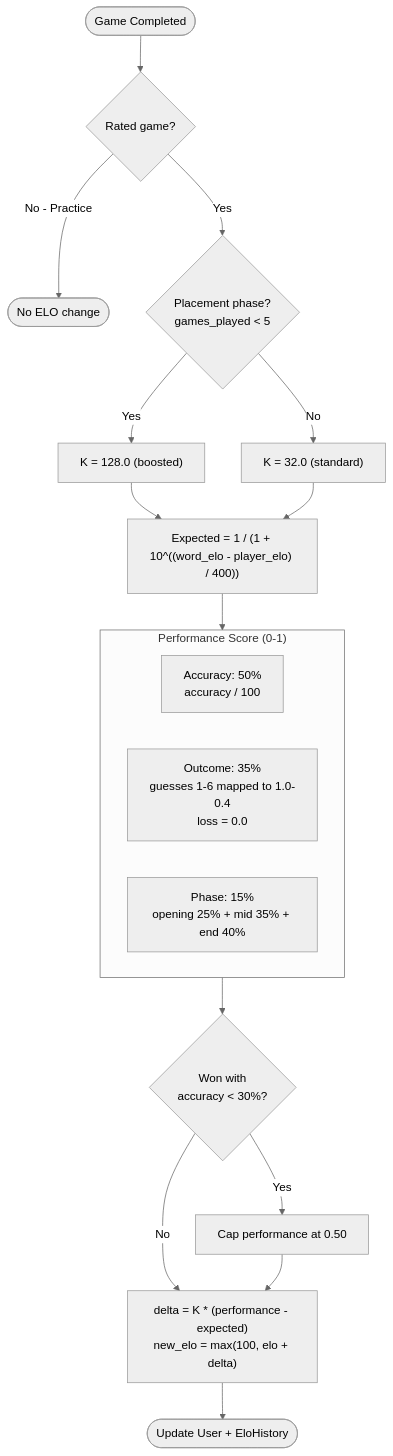
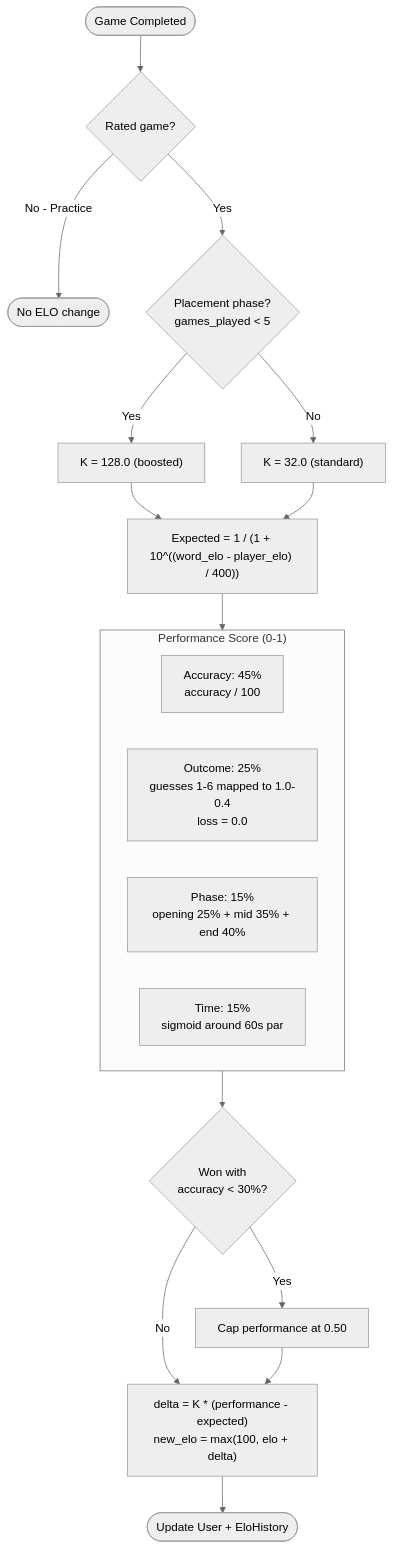
Before and after one commit to sarmyca/ELOquence: the fifth of 8 diagrams in DOC.md, drawn with Mermaid (neutral theme). The commit also changed other lines of this file and 1 other file, not shown here.

````diff
--- a/DOC.md
+++ b/DOC.md
@@ -403,27 +419,28 @@
 ```mermaid
 flowchart TD
     Start([Game Completed]) --> CheckRated{Rated game?}
     CheckRated -->|No - Practice| Skip([No ELO change])
     CheckRated -->|Yes| GetK{Placement phase?<br/>games_played < 5}
     GetK -->|Yes| K128["K = 128.0 (boosted)"]
     GetK -->|No| K32["K = 32.0 (standard)"]
     K128 --> CalcExpected
     K32 --> CalcExpected
 
     CalcExpected["Expected = 1 / (1 + 10^((word_elo - player_elo) / 400))"]
     CalcExpected --> CalcPerf
 
     subgraph CalcPerf["Performance Score (0-1)"]
-        Acc["Accuracy: 50%<br/>accuracy / 100"]
-        Out["Outcome: 35%<br/>guesses 1-6 mapped to 1.0-0.4<br/>loss = 0.0"]
+        Acc["Accuracy: 45%<br/>accuracy / 100"]
+        Out["Outcome: 25%<br/>guesses 1-6 mapped to 1.0-0.4<br/>loss = 0.0"]
         Phase["Phase: 15%<br/>opening 25% + mid 35% + end 40%"]
+        Time["Time: 15%<br/>sigmoid around 60s par"]
     end
 
     CalcPerf --> AntiLuck{Won with<br/>accuracy < 30%?}
     AntiLuck -->|Yes| Cap["Cap performance at 0.50"]
     AntiLuck -->|No| CalcDelta
     Cap --> CalcDelta
 
     CalcDelta["delta = K * (performance - expected)<br/>new_elo = max(100, elo + delta)"]
     CalcDelta --> Update([Update User + EloHistory])
 ```
````
